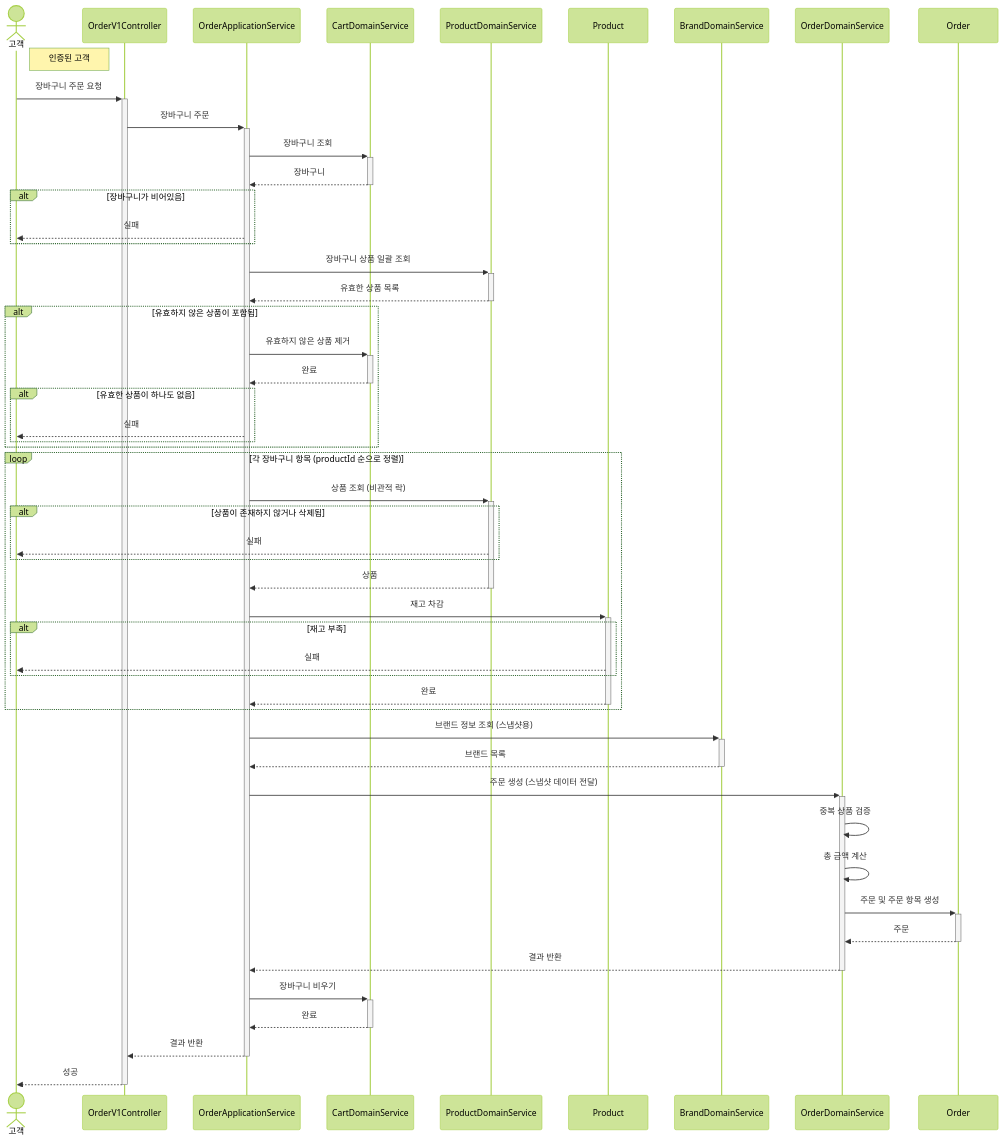
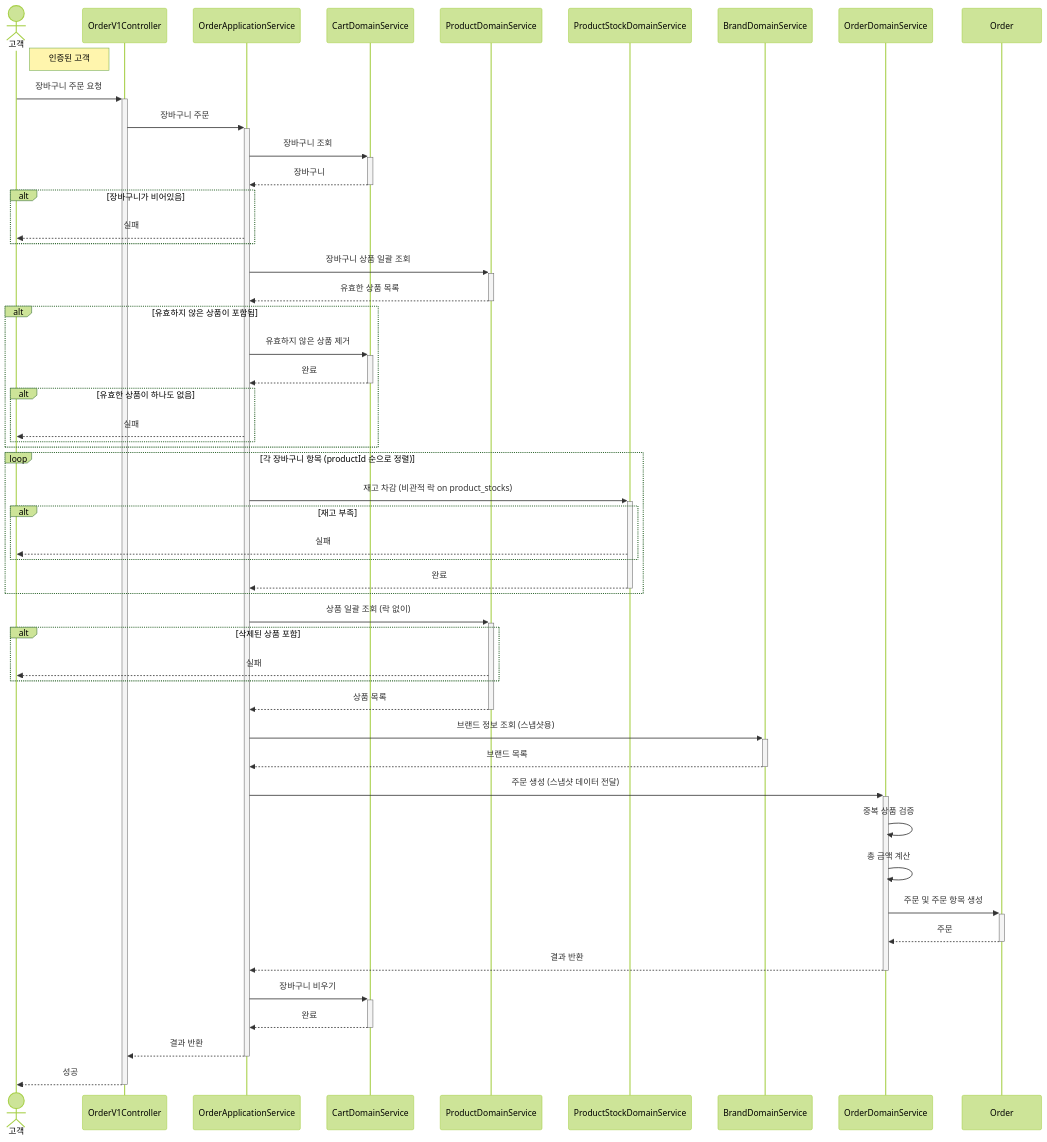
One commit to Loopers-dev-lab/loop-pack-be-l2-vol3-java changed the fifth of 7 diagrams in .docs/02-sequence-diagrams.md. Above: the diagram before and after it, drawn with Mermaid (forest theme). The commit also changed other lines of this file and 3 other files, not shown here.

````diff
--- a/.docs/02-sequence-diagrams.md
+++ b/.docs/02-sequence-diagrams.md
@@ -244,64 +243,65 @@
 ```mermaid
 sequenceDiagram
     actor 고객
     participant OrderV1Controller
     participant OrderApplicationService
     participant CartDomainService
     participant ProductDomainService
-    participant Product
+    participant ProductStockDomainService
     participant BrandDomainService
     participant OrderDomainService
     participant Order
 
     Note right of 고객: 인증된 고객
 
     고객->>+OrderV1Controller: 장바구니 주문 요청
     OrderV1Controller->>+OrderApplicationService: 장바구니 주문
 
     OrderApplicationService->>+CartDomainService: 장바구니 조회
     CartDomainService-->>-OrderApplicationService: 장바구니
     alt 장바구니가 비어있음
         OrderApplicationService-->>고객: 실패
     end
 
     OrderApplicationService->>+ProductDomainService: 장바구니 상품 일괄 조회
     ProductDomainService-->>-OrderApplicationService: 유효한 상품 목록
 
     alt 유효하지 않은 상품이 포함됨
         OrderApplicationService->>+CartDomainService: 유효하지 않은 상품 제거
         CartDomainService-->>-OrderApplicationService: 완료
         alt 유효한 상품이 하나도 없음
             OrderApplicationService-->>고객: 실패
         end
     end
 
     loop 각 장바구니 항목 (productId 순으로 정렬)
-        OrderApplicationService->>+ProductDomainService: 상품 조회 (비관적 락)
-        alt 상품이 존재하지 않거나 삭제됨
-            ProductDomainService-->>고객: 실패
+        OrderApplicationService->>+ProductStockDomainService: 재고 차감 (비관적 락 on product_stocks)
+        alt 재고 부족
+            ProductStockDomainService-->>고객: 실패
         end
-        ProductDomainService-->>-OrderApplicationService: 상품
-        OrderApplicationService->>+Product: 재고 차감
-        alt 재고 부족
-            Product-->>고객: 실패
-        end
-        Product-->>-OrderApplicationService: 완료
+        ProductStockDomainService-->>-OrderApplicationService: 완료
     end
+
+    OrderApplicationService->>+ProductDomainService: 상품 일괄 조회 (락 없이)
+    alt 삭제된 상품 포함
+        ProductDomainService-->>고객: 실패
+    end
+    ProductDomainService-->>-OrderApplicationService: 상품 목록
 
     OrderApplicationService->>+BrandDomainService: 브랜드 정보 조회 (스냅샷용)
     BrandDomainService-->>-OrderApplicationService: 브랜드 목록
 
     OrderApplicationService->>+OrderDomainService: 주문 생성 (스냅샷 데이터 전달)
     OrderDomainService->>OrderDomainService: 중복 상품 검증
     OrderDomainService->>OrderDomainService: 총 금액 계산
     OrderDomainService->>+Order: 주문 및 주문 항목 생성
     Order-->>-OrderDomainService: 주문
 
     OrderDomainService-->>-OrderApplicationService: 결과 반환
 
     OrderApplicationService->>+CartDomainService: 장바구니 비우기
     CartDomainService-->>-OrderApplicationService: 완료
 
     OrderApplicationService-->>-OrderV1Controller: 결과 반환
     OrderV1Controller-->>-고객: 성공
 ```
````
